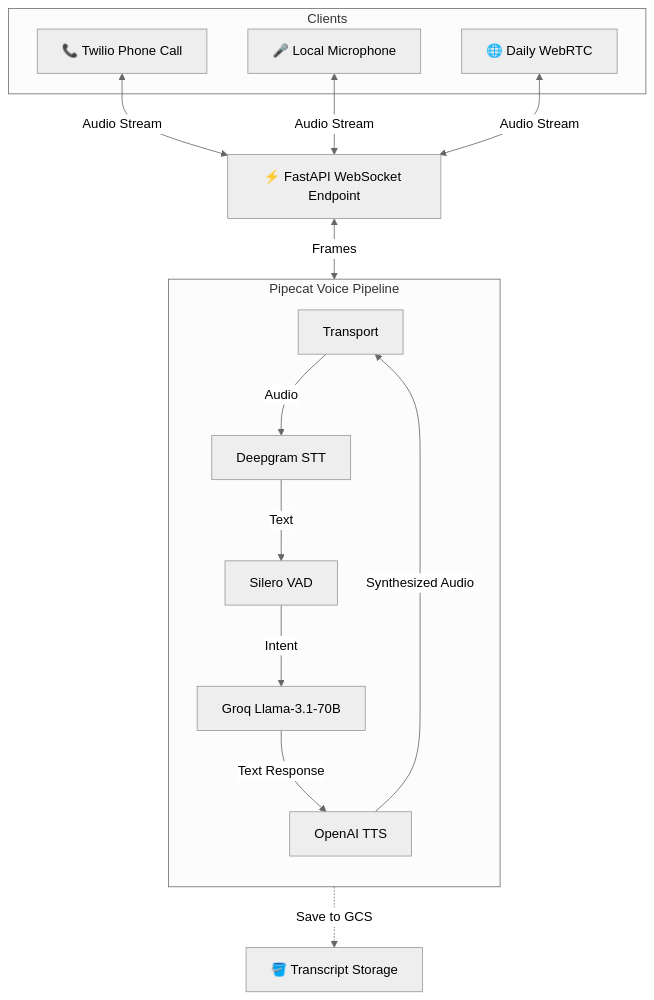
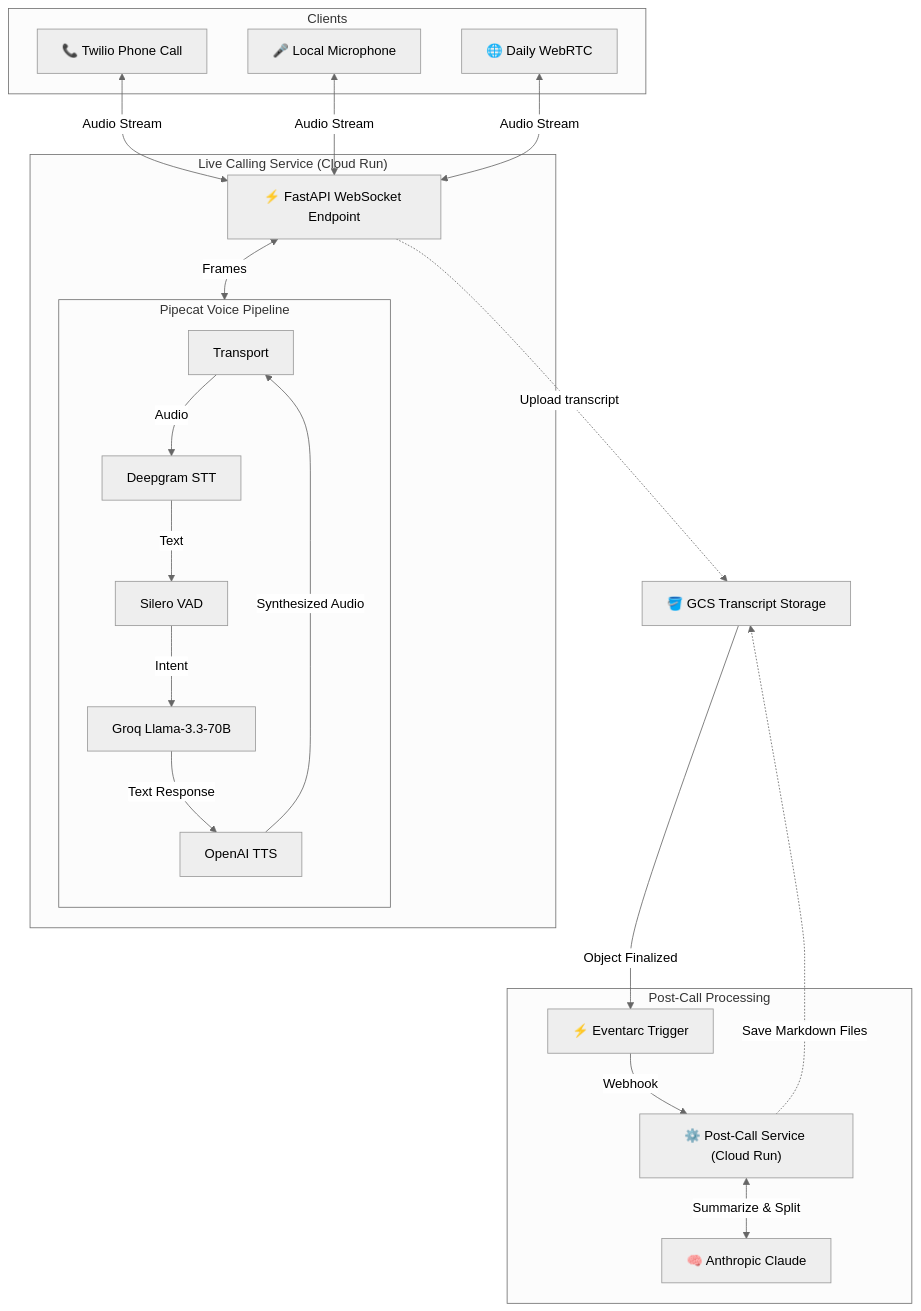
The first of 5 diagrams in docs/architecture/index.md (TheWinterShadow/GhostBrain), drawn with Mermaid (neutral theme) before and after one commit. The commit also changed other lines of this file and 5 other files, not shown here.

````diff
--- a/docs/architecture/index.md
+++ b/docs/architecture/index.md
@@ -17,26 +15,39 @@
 ```mermaid
 flowchart TD
     subgraph Clients
         T["📞 Twilio Phone Call"]
         M["🎤 Local Microphone"]
         W["🌐 Daily WebRTC"]
     end
 
-    F["⚡ FastAPI WebSocket Endpoint"]
+    subgraph Live ["Live Calling Service (Cloud Run)"]
+        F["⚡ FastAPI WebSocket Endpoint"]
+
+        subgraph Pipeline ["Pipecat Voice Pipeline"]
+            direction TB
+            TR["Transport"] -->|"Audio"| STT["Deepgram STT"]
+            STT -->|"Text"| VAD["Silero VAD"]
+            VAD -->|"Intent"| LLM["Groq Llama-3.3-70B"]
+            LLM -->|"Text Response"| TTS["OpenAI TTS"]
+            TTS -->|"Synthesized Audio"| TR
+        end
+    end
 
     T <-->|"Audio Stream"| F
     M <-->|"Audio Stream"| F
     W <-->|"Audio Stream"| F
+    F <-->|"Frames"| TR
 
-    subgraph Pipeline ["Pipecat Voice Pipeline"]
-        direction TB
-        TR["Transport"] -->|"Audio"| STT["Deepgram STT"]
-        STT -->|"Text"| VAD["Silero VAD"]
-        VAD -->|"Intent"| LLM["Groq Llama-3.1-70B"]
-        LLM -->|"Text Response"| TTS["OpenAI TTS"]
-        TTS -->|"Synthesized Audio"| TR
+    F -.->|"Upload transcript"| S["🪣 GCS Transcript Storage"]
+
+    subgraph Async ["Post-Call Processing"]
+        E["⚡ Eventarc Trigger"]
+        P["⚙️ Post-Call Service (Cloud Run)"]
+        A["🧠 Anthropic Claude"]
     end
 
-    F <-->|"Frames"| TR
-    TTS -.->|"Save to GCS"| S["🪣 Transcript Storage"]
+    S -->|"Object Finalized"| E
+    E -->|"Webhook"| P
+    P <-->|"Summarize & Split"| A
+    P -.->|"Save Markdown Files"| S
 ```
````
